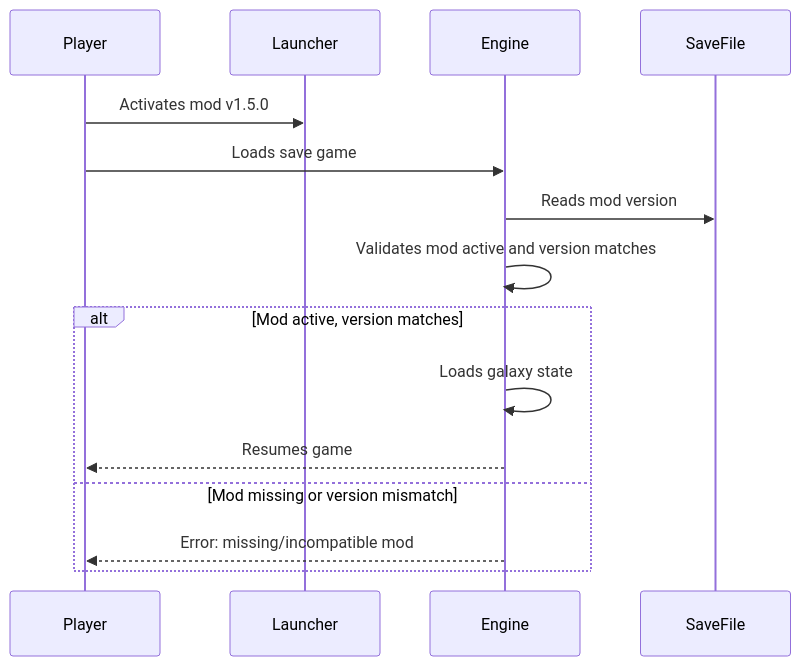
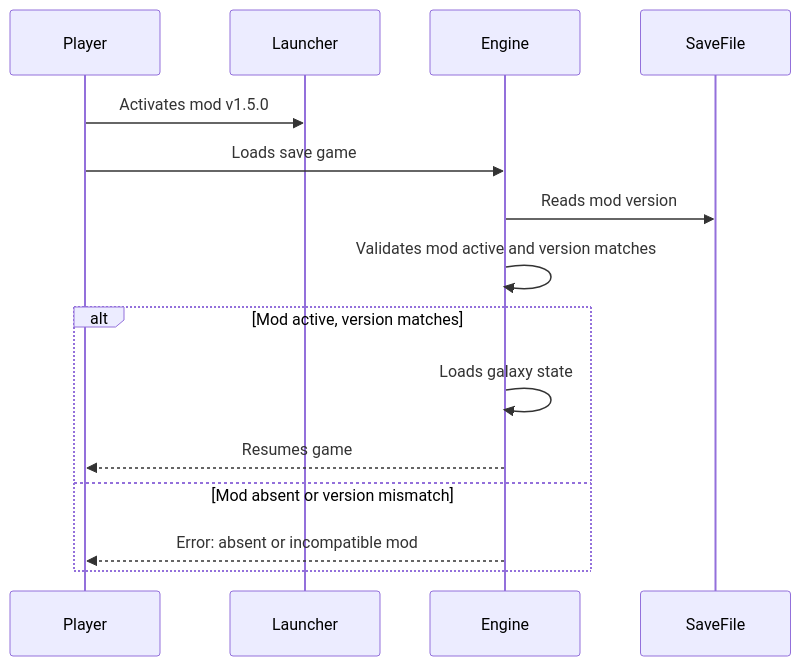
One commit to hmlendea/stellaris-ui-galaxy-sizes changed the seventh of 7 diagrams in docs/flows/detail-mutation.md. Above: the diagram before and after it, drawn with Mermaid. The commit also changed other lines of this file and 41 other files, not shown here.

````diff
--- a/docs/flows/detail-mutation.md
+++ b/docs/flows/detail-mutation.md
@@ -128,17 +128,17 @@
 ```mermaid
 sequenceDiagram
     participant Player
     participant Launcher
     participant Engine
     participant SaveFile
     Player->>Launcher: Activates mod v1.5.0
     Player->>Engine: Loads save game
     Engine->>SaveFile: Reads mod version
     Engine->>Engine: Validates mod active and version matches
     alt Mod active, version matches
         Engine->>Engine: Loads galaxy state
         Engine-->>Player: Resumes game
-    else Mod missing or version mismatch
-        Engine-->>Player: Error: missing/incompatible mod
+    else Mod absent or version mismatch
+        Engine-->>Player: Error: absent or incompatible mod
     end
 ```
````
